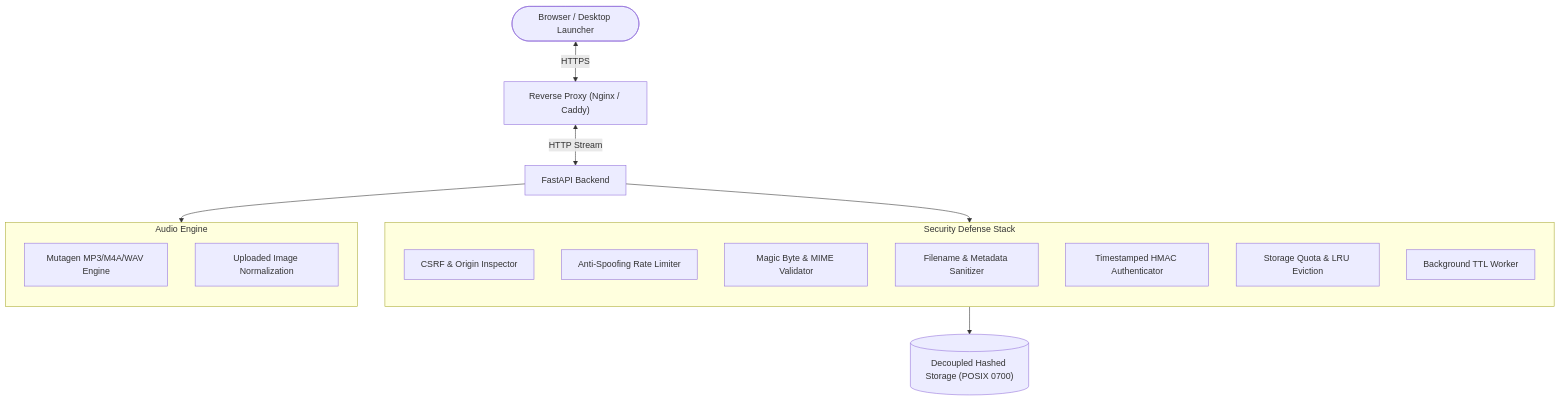
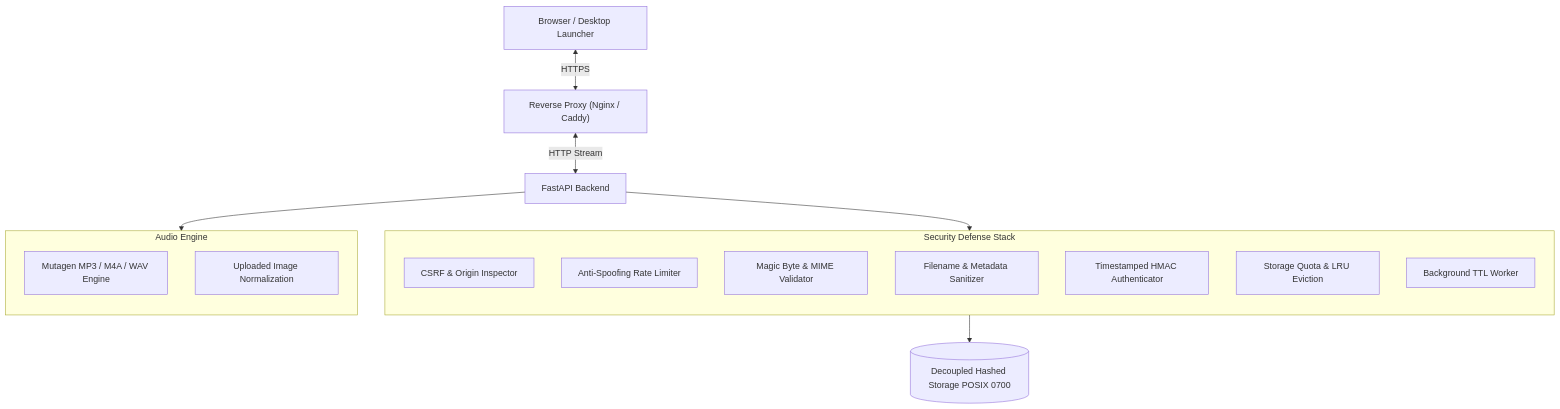
Before and after one commit to darktekmafia/MP3MetaFix: the diagram in README.md, drawn with Mermaid.

Commit message:
docs: fix Mermaid diagram syntax in README for GitHub compatibility

````diff
--- a/README.md
+++ b/README.md
@@ -181,26 +181,26 @@
 ```mermaid
-graph TD
-    Client(["Browser / Desktop Launcher"]) <-->|HTTPS| RP["Reverse Proxy (Nginx / Caddy)"]
+flowchart TD
+    Client["Browser / Desktop Launcher"] <-->|HTTPS| RP["Reverse Proxy (Nginx / Caddy)"]
     RP <-->|HTTP Stream| Backend["FastAPI Backend"]
 
     subgraph SecurityDefense["Security Defense Stack"]
         direction TB
         CSRF["CSRF & Origin Inspector"]
         RateLimit["Anti-Spoofing Rate Limiter"]
         Val["Magic Byte & MIME Validator"]
         San["Filename & Metadata Sanitizer"]
         HMAC["Timestamped HMAC Authenticator"]
         Quota["Storage Quota & LRU Eviction"]
         TTL["Background TTL Worker"]
     end
 
     subgraph AudioEngine["Audio Engine"]
         direction TB
-        Mutagen["Mutagen MP3/M4A/WAV Engine"]
+        Mutagen["Mutagen MP3 / M4A / WAV Engine"]
         Pillow["Uploaded Image Normalization"]
     end
 
     Backend --> CSRF
     Backend --> Mutagen
-    Quota --> Storage[("Decoupled Hashed Storage (POSIX 0700)")]
+    Quota --> Storage[("Decoupled Hashed Storage POSIX 0700")]
 ```
````
